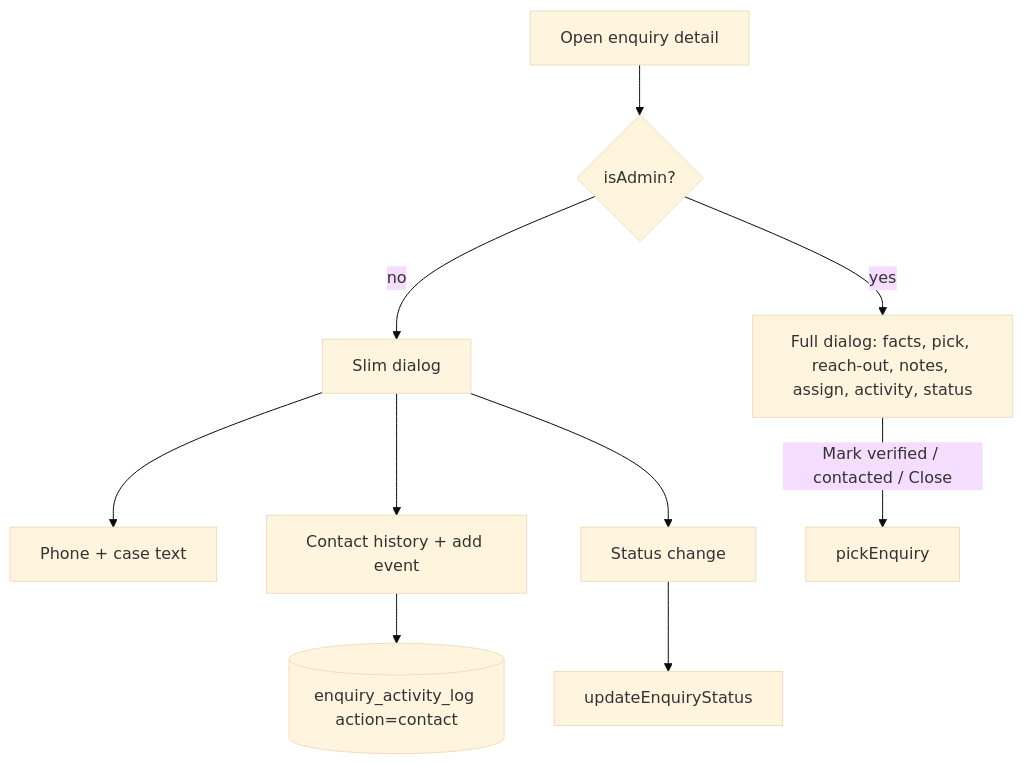
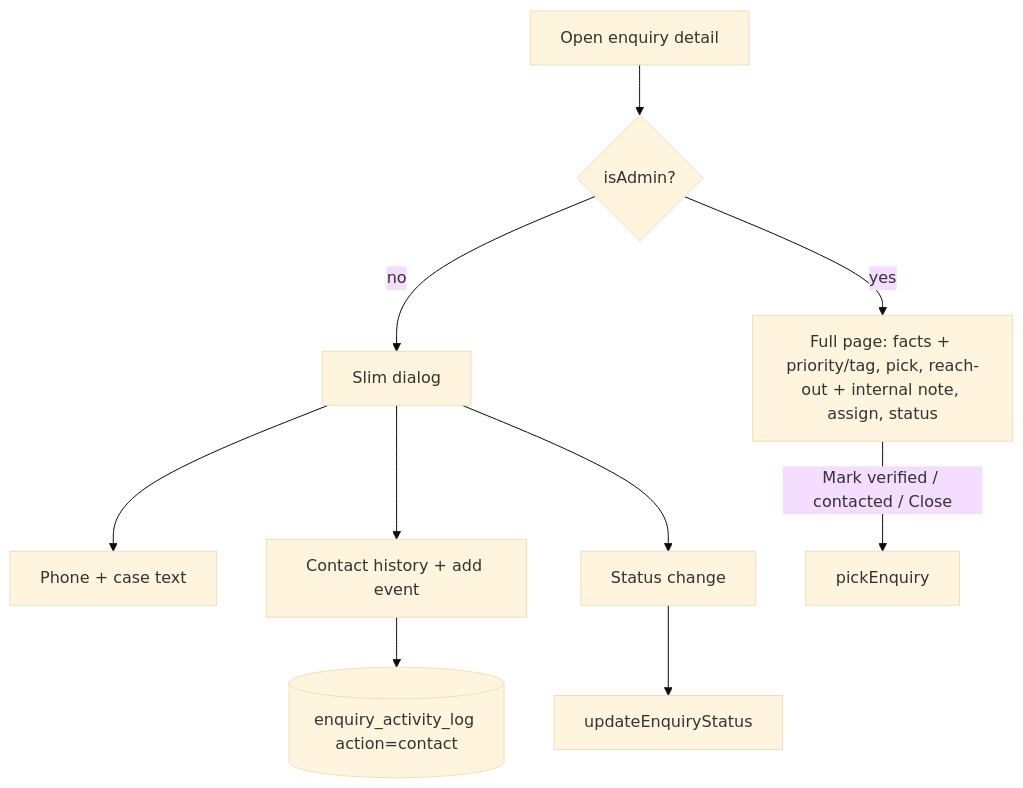
The third of 49 diagrams in docs/FLOWCHARTS.md (Mayur8291/Printing-Tracker), drawn with Mermaid (base theme) before and after one commit. The commit also changed other lines of this file and 4 other files, not shown here.

First line of the commit message:
fix(support): move internal note beside reach-out and priority/tag beside details

````diff
--- a/docs/FLOWCHARTS.md
+++ b/docs/FLOWCHARTS.md
@@ -26,12 +26,12 @@
 ```mermaid
 flowchart TD
   Open[Open enquiry detail] --> Role{isAdmin?}
-  Role -->|yes| Admin[Full dialog: facts, pick, reach-out, notes, assign, activity, status]
+  Role -->|yes| Admin[Full page: facts + priority/tag, pick, reach-out + internal note, assign, status]
   Role -->|no| Staff[Slim dialog]
   Staff --> Facts[Phone + case text]
   Staff --> Hist[Contact history + add event]
   Staff --> Stat[Status change]
   Hist --> Log[(enquiry_activity_log action=contact)]
   Stat --> StatusFn[updateEnquiryStatus]
   Admin -->|Mark verified / contacted / Close| Pick[pickEnquiry]
 ```
````
